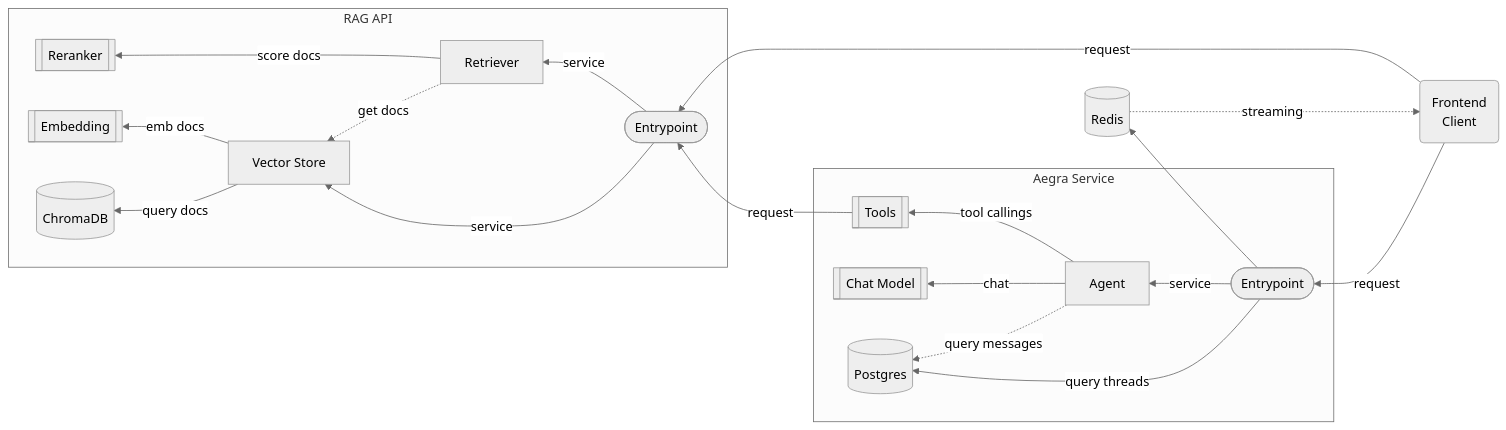
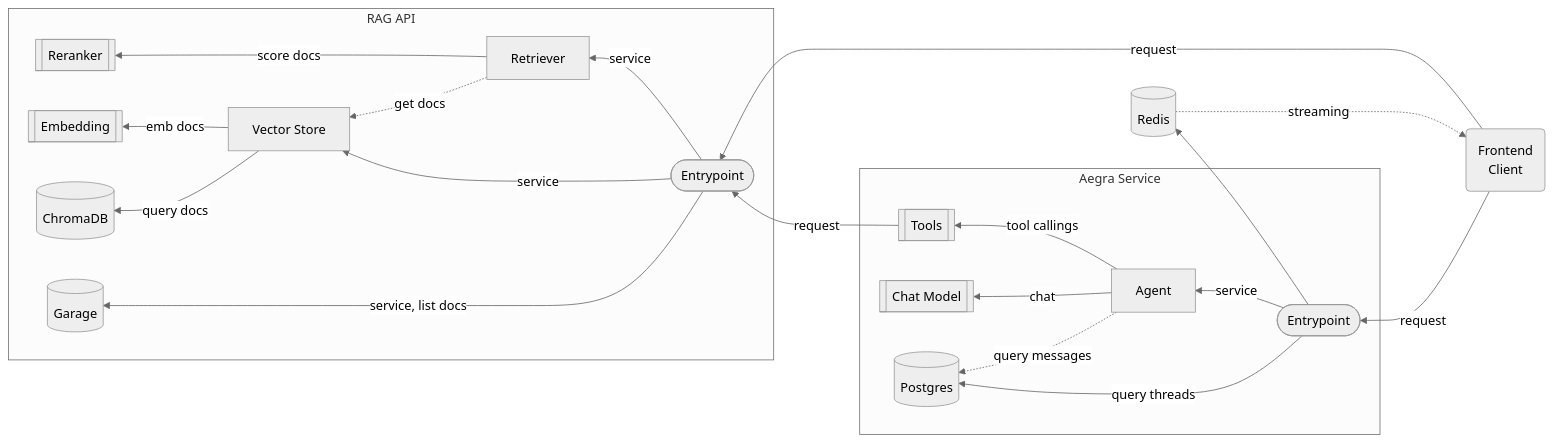
Before and after one commit to alexisuaguilaru/RAG-Agent: the diagram in README.md, drawn with Mermaid (neutral theme). The commit also changed other lines of this file and 6 other files, not shown here.

````diff
--- a/README.md
+++ b/README.md
@@ -26,42 +27,42 @@
 ```mermaid
 flowchart RL
     frontend("`Frontend
     Client`")
     redis_db[(Redis)]
 
     subgraph "RAG API"
         rag_api([Entrypoint])
         langchain_retriever[Retriever]
         langchain_vector_store[Vector Store]
         service_reranker[[Reranker]]
         service_embedding[[Embedding]]
+        vector_db[(ChromaDB)]
+        object_s3[(Garage)]
 
         rag_api -- service --> langchain_retriever & langchain_vector_store
+        rag_api  -- service, list docs ----> object_s3
         langchain_retriever -. get docs .-> langchain_vector_store
         langchain_vector_store -- emb docs --> service_embedding
         langchain_vector_store -- query docs --> vector_db 
         langchain_retriever -- score docs ---> service_reranker
     end 
 
-    vector_db[(ChromaDB)]
+    subgraph "Aegra Service"
+        aegra_api([Entrypoint])
+        langchain_agent[Agent]
+        agent_tools[[Tools]]
+        chat_model[[Chat Model]]
+        sql_db[(Postgres)]
 
-    subgraph "Aegra Service"
-       aegra_api([Entrypoint])
-       langchain_agent[Agent]
-       agent_tools[[Tools]]
-       chat_model[[Chat Model]]
+        aegra_api -- service --> langchain_agent
+        aegra_api -- query threads --> sql_db
+        langchain_agent -. query messages .-> sql_db
+        langchain_agent -- tool callings --> agent_tools
+        langchain_agent -- chat --> chat_model
 
-       aegra_api -- service --> langchain_agent
-       aegra_api -- query threads --> sql_db
-       langchain_agent -. query messages .-> sql_db
-       langchain_agent -- tool callings --> agent_tools
-       langchain_agent -- chat --> chat_model
-
-       agent_tools -- request --> rag_api
+        agent_tools -- request --> rag_api
     end
 
     frontend -- request --> aegra_api --> redis_db -. streaming .-> frontend
     frontend -- request --> rag_api
-
-    sql_db[(Postgres)]
 ```
````
